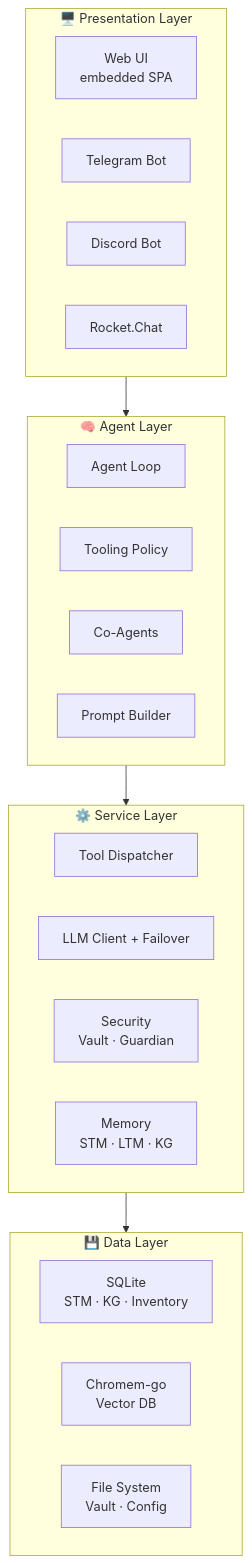
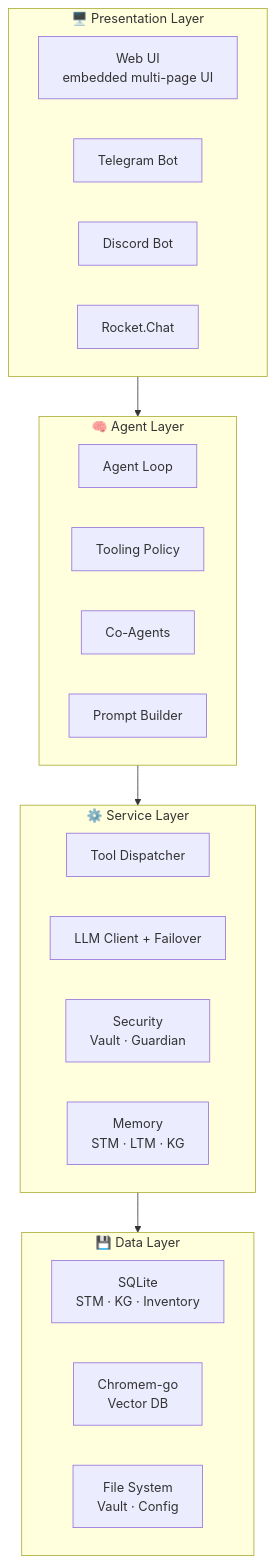
Before and after one commit to antibyte/AuraGo: the first of 10 diagrams in documentation/manual/en/23-internals.md, drawn with Mermaid. The commit also changed other lines of this file and 28 other files, not shown here.

````diff
--- a/documentation/manual/en/23-internals.md
+++ b/documentation/manual/en/23-internals.md
@@ -41,33 +41,33 @@
 ```mermaid
 flowchart TB
     subgraph Presentation["🖥️ Presentation Layer"]
-        WEB["Web UI<br/>embedded SPA"]
+        WEB["Web UI<br/>embedded multi-page UI"]
         TG["Telegram Bot"]
         DC["Discord Bot"]
         RC["Rocket.Chat"]
     end
 
     subgraph Agent["🧠 Agent Layer"]
         AL["Agent Loop"]
         TP["Tooling Policy"]
         CA["Co-Agents"]
         PP["Prompt Builder"]
     end
 
     subgraph Service["⚙️ Service Layer"]
         TD["Tool Dispatcher"]
         LLM["LLM Client + Failover"]
         SEC["Security<br/>Vault · Guardian"]
         MEM["Memory<br/>STM · LTM · KG"]
     end
 
     subgraph Data["💾 Data Layer"]
         SQLite["SQLite<br/>STM · KG · Inventory"]
         Chromem["Chromem-go<br/>Vector DB"]
         FS["File System<br/>Vault · Config"]
     end
 
     Presentation --> Agent
     Agent --> Service
     Service --> Data
 ```
````
